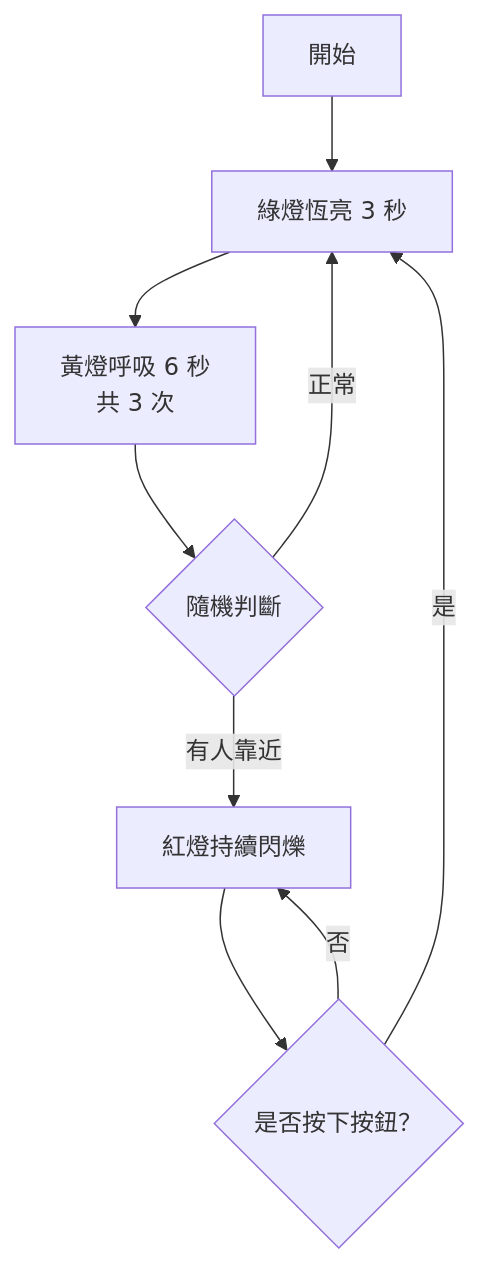
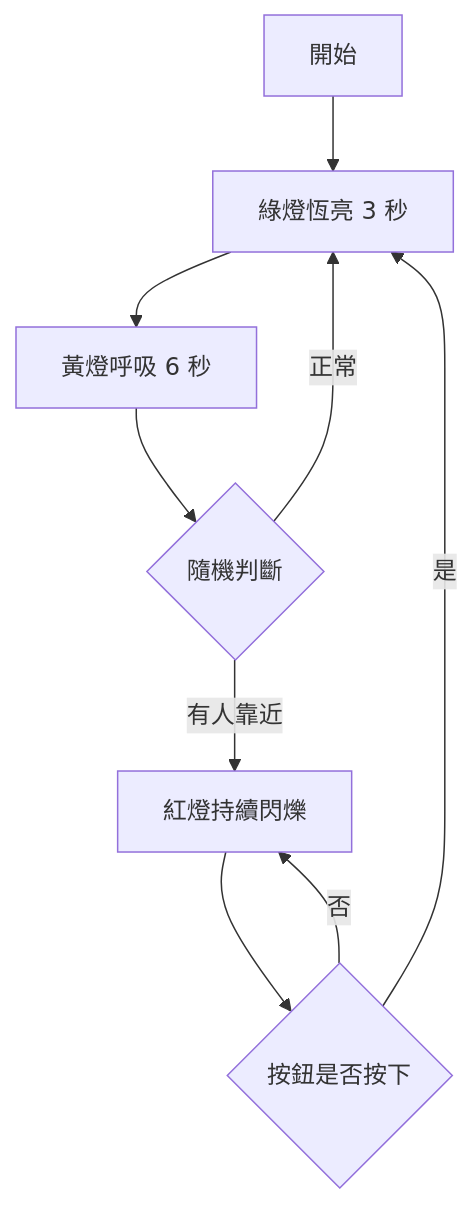
The diagram in README.md (itsHao7916/STM32-LED-Smart-System-test), drawn with Mermaid before and after one commit.

````diff
--- a/README.md
+++ b/README.md
@@ -113,18 +113,11 @@
 ```mermaid
 flowchart TD
-    A[開始]
-    B[綠燈恆亮 3 秒]
-    C[黃燈呼吸 6 秒<br/>共 3 次]
-    D{隨機判斷}
-    E[紅燈持續閃爍]
-    F{是否按下按鈕？}
-
-    A --> B
-    B --> C
-    C --> D
+    A[開始] --> B[綠燈恆亮 3 秒]
+    B --> C[黃燈呼吸 6 秒]
+    C --> D{隨機判斷}
     D -->|正常| B
-    D -->|有人靠近| E
-    E --> F
+    D -->|有人靠近| E[紅燈持續閃爍]
+    E --> F{按鈕是否按下}
     F -->|是| B
     F -->|否| E
 ```
````
